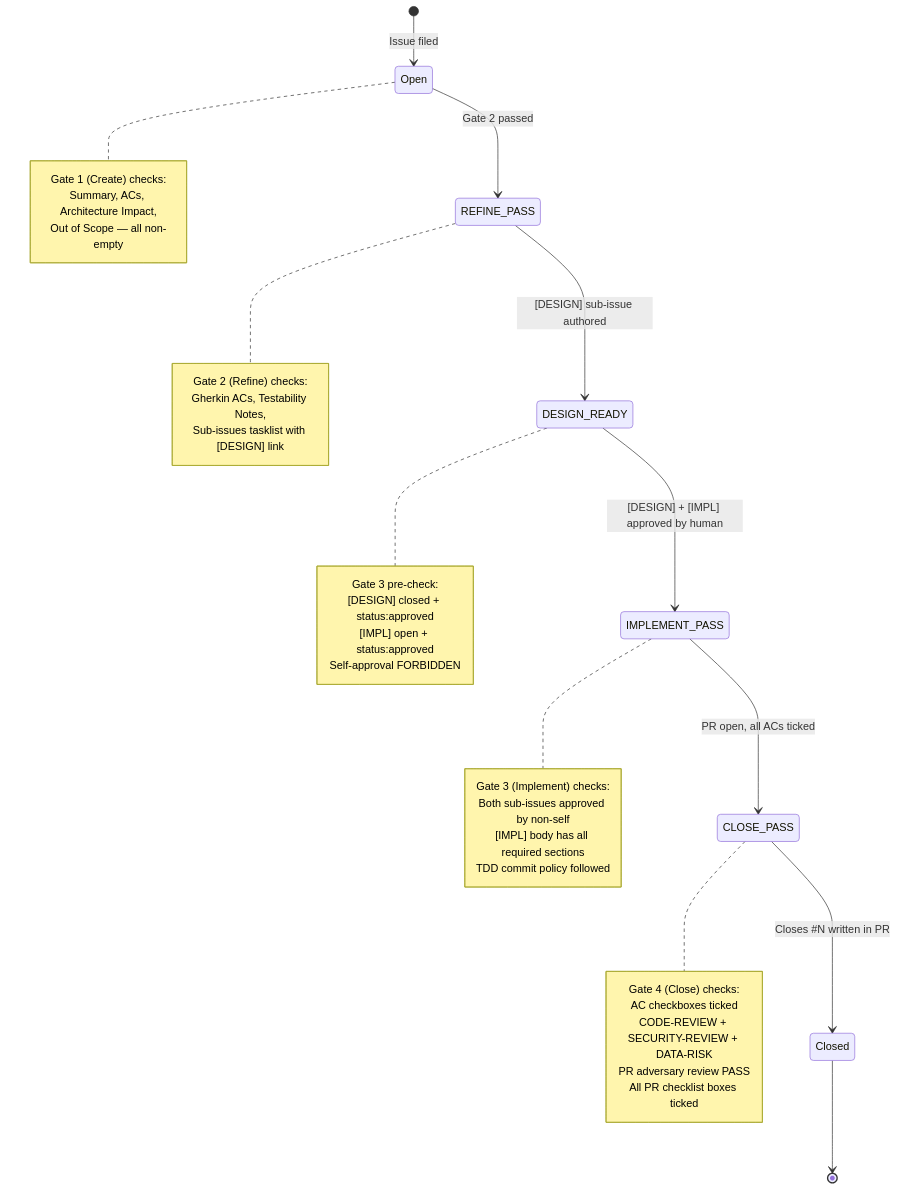
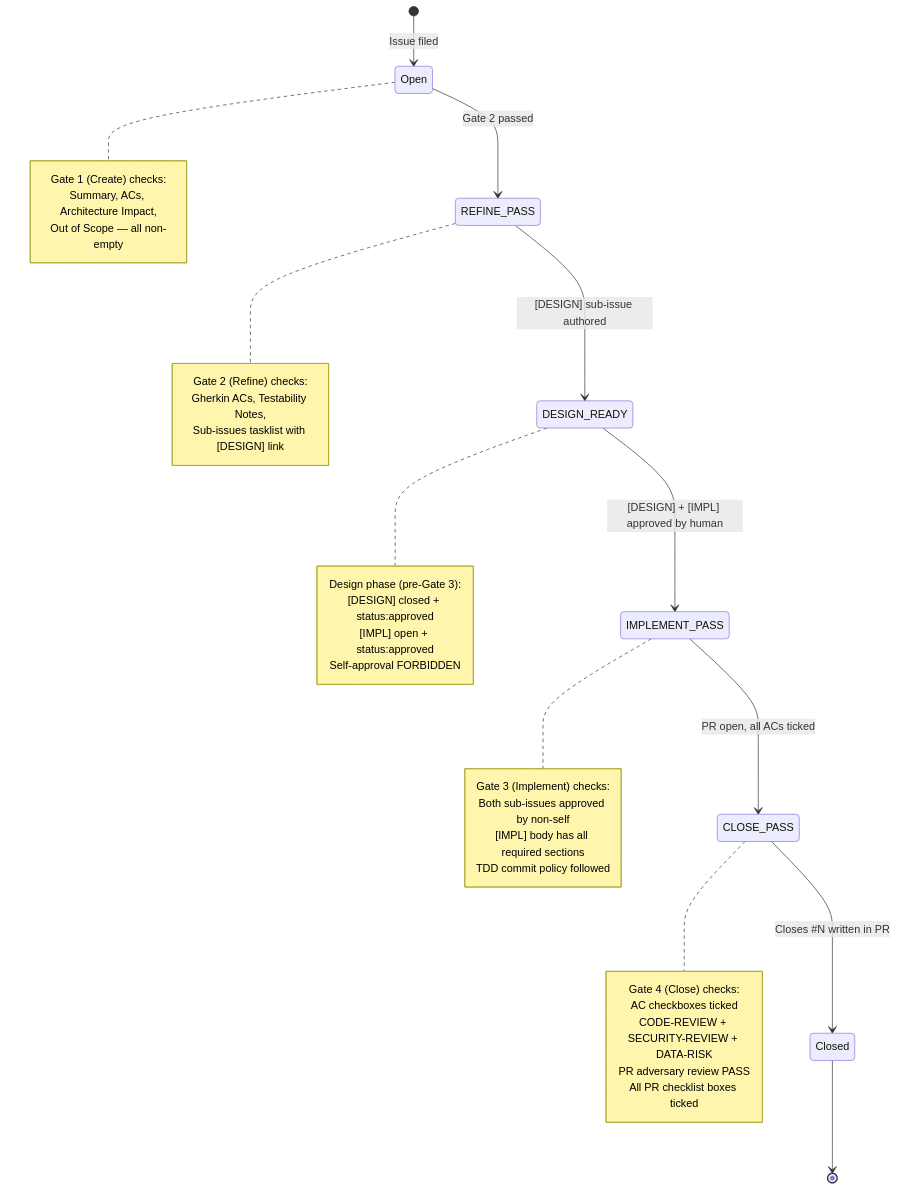
The diagram in human-guides/wi-lifecycle-flow.md (GenCr-ft/gcs-core-governance), drawn with Mermaid before and after one commit. The commit also changed other lines of this file and 1 other file, not shown here.

Commit message:
feat(governance): issue-177 — Reconcile the WI lifecycle gate count across three sources: fix the '5-gate' header claim in wi-lifecycle-flow.md to '4-gate', resolve the dual 'Gate 3' label collision in the state diagram, and add gate_number fields to wi-lifecycle-gates.yml phases so the design phase is explicitly marked as unnumbered.

````diff
--- a/human-guides/wi-lifecycle-flow.md
+++ b/human-guides/wi-lifecycle-flow.md
@@ -22,45 +22,45 @@
 ```mermaid
 stateDiagram-v2
     [*] --> Open : Issue filed
 
     Open --> REFINE_PASS : Gate 2 passed
     note right of Open
         Gate 1 (Create) checks:
         Summary, ACs, Architecture Impact,
         Out of Scope — all non-empty
     end note
 
     REFINE_PASS --> DESIGN_READY : [DESIGN] sub-issue authored
     note right of REFINE_PASS
         Gate 2 (Refine) checks:
         Gherkin ACs, Testability Notes,
         Sub-issues tasklist with [DESIGN] link
     end note
 
     DESIGN_READY --> IMPLEMENT_PASS : [DESIGN] + [IMPL] approved by human
     note right of DESIGN_READY
-        Gate 3 pre-check:
+        Design phase (pre-Gate 3):
         [DESIGN] closed + status:approved
         [IMPL] open + status:approved
         Self-approval FORBIDDEN
     end note
 
     IMPLEMENT_PASS --> CLOSE_PASS : PR open, all ACs ticked
     note right of IMPLEMENT_PASS
         Gate 3 (Implement) checks:
         Both sub-issues approved by non-self
         [IMPL] body has all required sections
         TDD commit policy followed
     end note
 
     CLOSE_PASS --> Closed : Closes #N written in PR
     note right of CLOSE_PASS
         Gate 4 (Close) checks:
         AC checkboxes ticked
         CODE-REVIEW + SECURITY-REVIEW + DATA-RISK
         PR adversary review PASS
         All PR checklist boxes ticked
     end note
 
     Closed --> [*]
 ```
````
